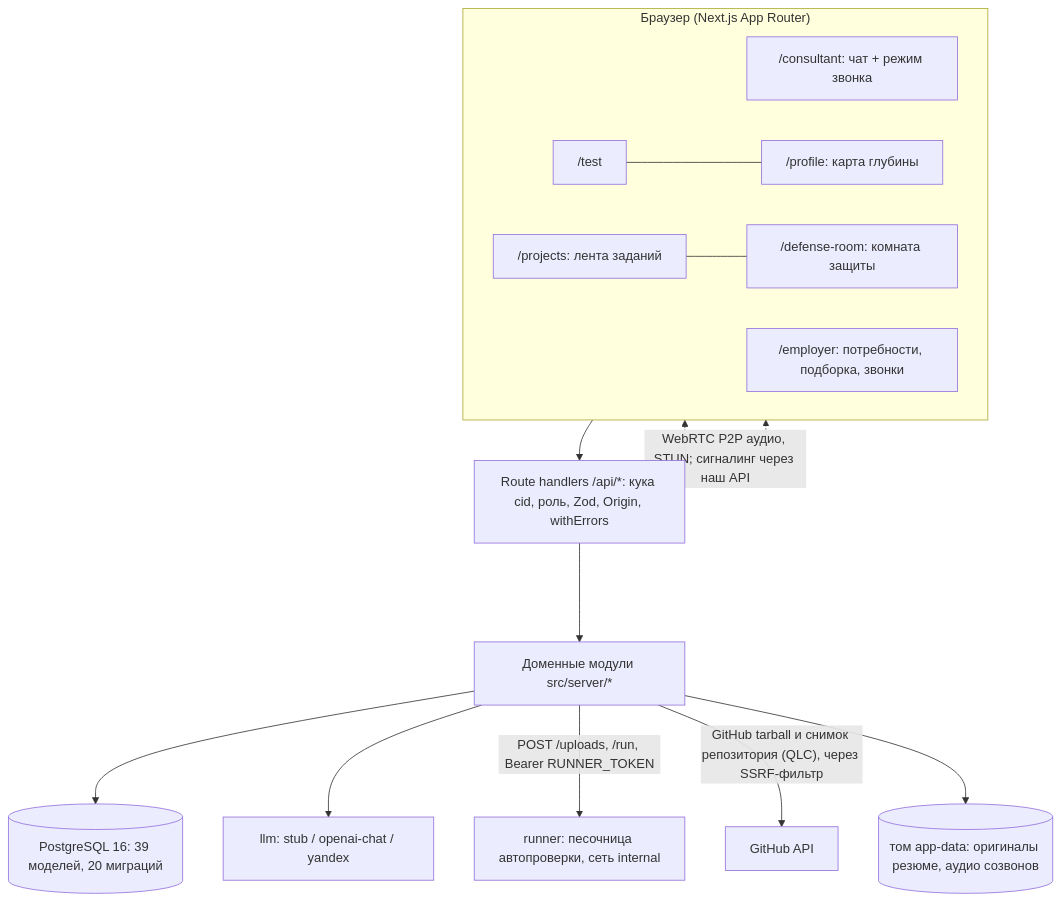
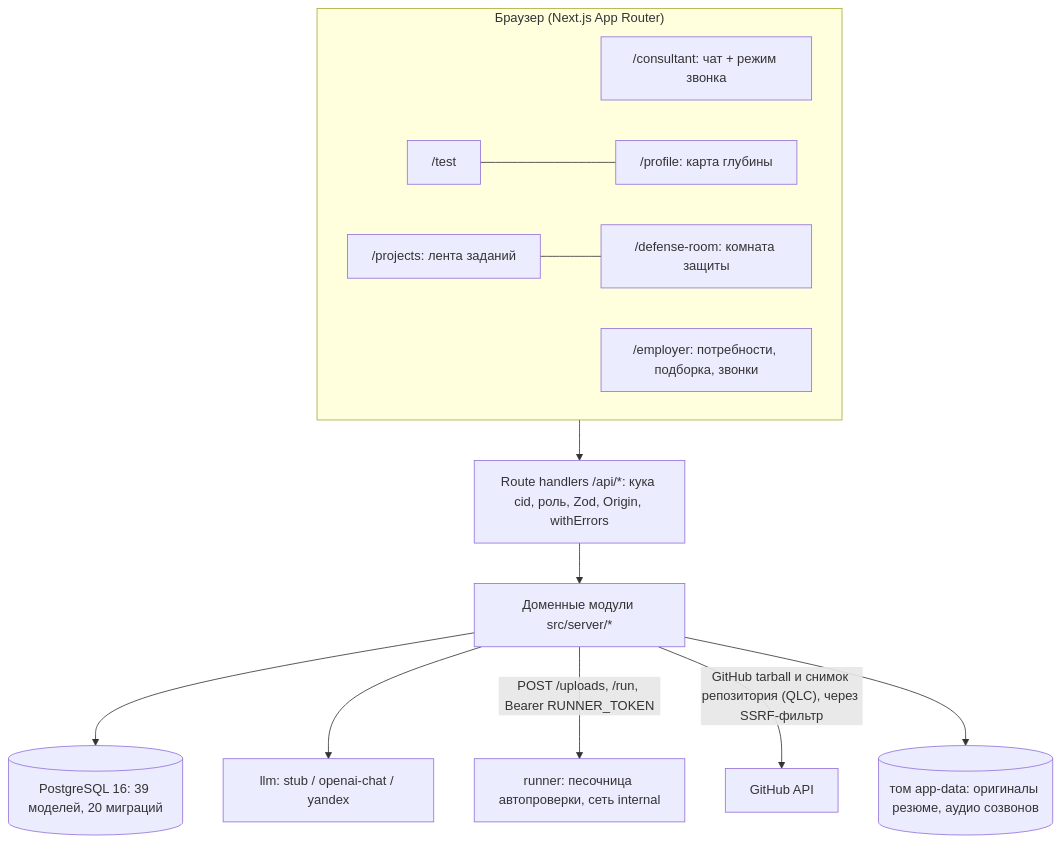
The first of 2 diagrams in docs/platform.md (danelyan/Meshwork), drawn with Mermaid before and after one commit. The commit also changed other lines of this file and 2 other files, not shown here.

Commit message:
Обновить карту документации и убрать неподтверждённые связи диаграмм

````diff
--- a/docs/platform.md
+++ b/docs/platform.md
@@ -20,17 +20,16 @@
 ```mermaid
 flowchart TD
   subgraph Browser["Браузер (Next.js App Router)"]
     CP["/consultant: чат + режим звонка"]
     TP["/test"] --- PP["/profile: карта глубины"]
     PR["/projects: лента заданий"] --- DR["/defense-room: комната защиты"]
     EP["/employer: потребности, подборка, звонки"]
   end
   Browser --> API["Route handlers /api/*: кука cid, роль, Zod, Origin, withErrors"]
   API --> D["Доменные модули src/server/*"]
   D --> DB[("PostgreSQL 16: 39 моделей, 20 миграций")]
   D --> LLM["llm: stub / openai-chat / yandex"]
   D -->|"POST /uploads, /run, Bearer RUNNER_TOKEN"| RUN["runner: песочница автопроверки, сеть internal"]
   D -->|"GitHub tarball и снимок репозитория (QLC), через SSRF-фильтр"| GH["GitHub API"]
   D --> FS[("том app-data: оригиналы резюме, аудио созвонов")]
-  Browser <-.->|"WebRTC P2P аудио, STUN; сигналинг через наш API"| Browser
 ```
````
